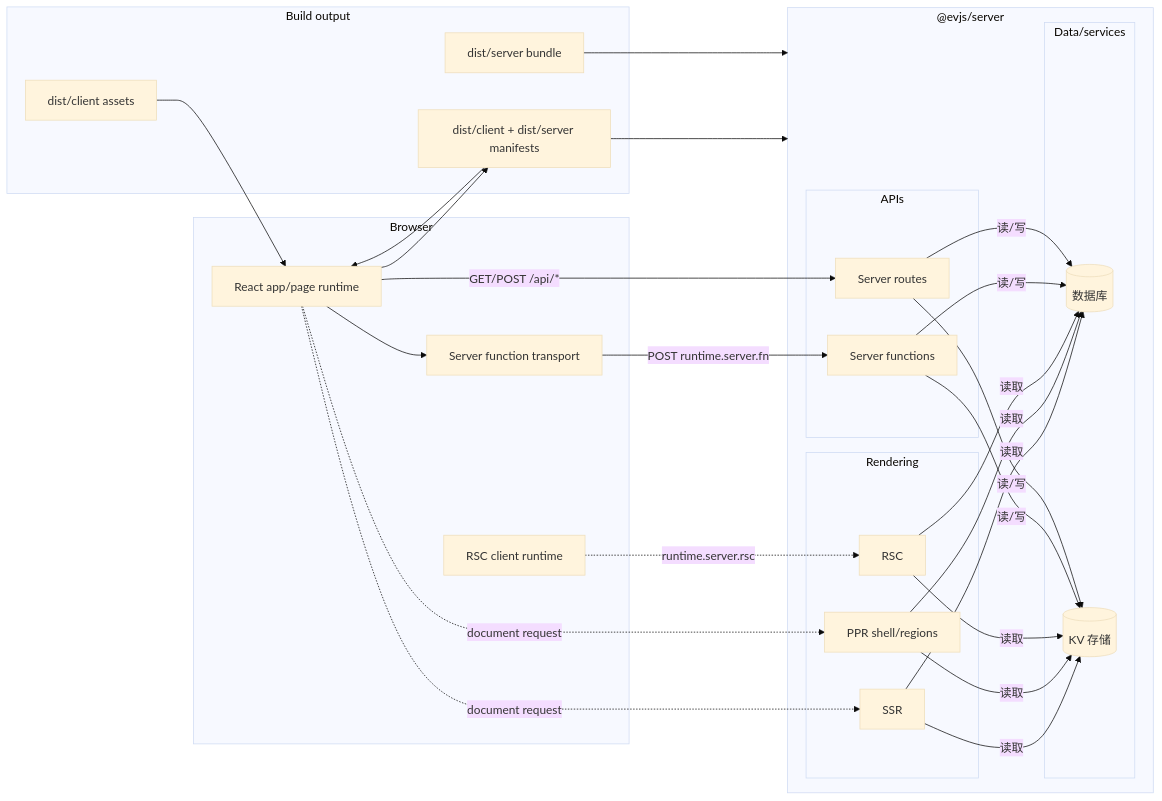
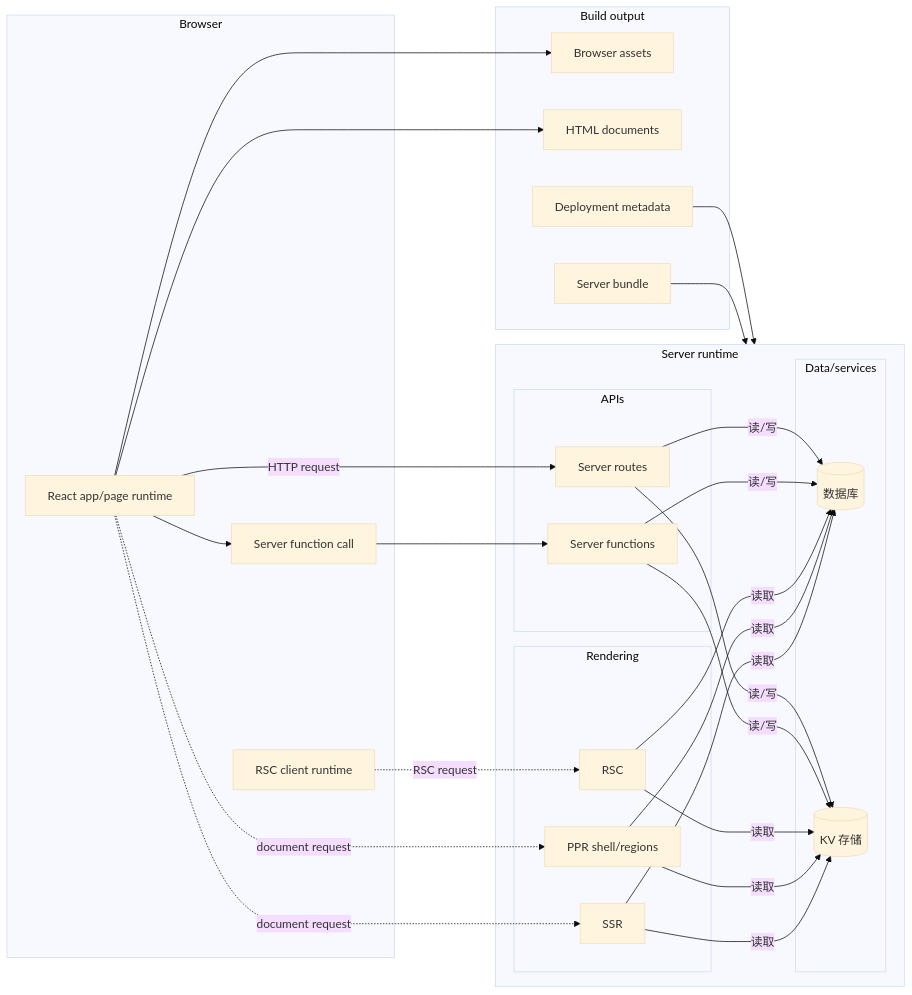
Before and after one commit to binhanchen25-arch/evjs: the diagram in docs/i18n/zh-Hans/docusaurus-plugin-content-docs/current/overview.md, drawn with Mermaid (base theme). The commit also changed other lines of this file and 35 other files, not shown here.

````diff
--- a/docs/i18n/zh-Hans/docusaurus-plugin-content-docs/current/overview.md
+++ b/docs/i18n/zh-Hans/docusaurus-plugin-content-docs/current/overview.md
@@ -29,56 +31,56 @@
 ```mermaid
 flowchart LR
     subgraph Browser ["Browser"]
         UI["React app/page runtime"]
-        RPC["Server function transport"]
+        RPC["Server function call"]
         RSCClient["RSC client runtime"]
     end
 
-    subgraph Server ["@evjs/server"]
+    subgraph Server ["Server runtime"]
         subgraph Rendering ["Rendering"]
             SSR["SSR"]
             PPR["PPR shell/regions"]
             RSC["RSC"]
         end
 
         subgraph APIs ["APIs"]
             SF["Server functions"]
             RH["Server routes"]
         end
 
         subgraph Data ["Data/services"]
             DB[("数据库")]
             KV[("KV 存储")]
         end
     end
 
-    subgraph Build ["Build output"]
-        MANIFEST["dist/client + dist/server manifests"]
-        ASSETS["dist/client assets"]
-        SERVERBUNDLE["dist/server bundle"]
+    subgraph Output ["Build output"]
+        ASSETS["Browser assets"]
+        HTML["HTML documents"]
+        SERVERBUNDLE["Server bundle"]
+        DEPLOY["Deployment metadata"]
     end
 
-    UI --> MANIFEST
+    UI --> ASSETS
+    UI --> HTML
     UI --> RPC
     UI -.->|"document request"| SSR
     UI -.->|"document request"| PPR
-    RSCClient -.->|"runtime.server.rsc"| RSC
+    RSCClient -.->|"RSC request"| RSC
 
     SSR -->|读取| DB
     SSR -->|读取| KV
     PPR -->|读取| DB
     PPR -->|读取| KV
     RSC -->|读取| DB
     RSC -->|读取| KV
     SF -->|读/写| DB
     SF -->|读/写| KV
     RH -->|读/写| DB
     RH -->|读/写| KV
 
-    RPC -->|"POST runtime.server.fn"| SF
-    UI -->|"GET/POST /api/*"| RH
-    MANIFEST --> UI
-    MANIFEST --> Server
-    ASSETS --> UI
+    RPC --> SF
+    UI -->|"HTTP request"| RH
     SERVERBUNDLE --> Server
+    DEPLOY --> Server
 ```
````
